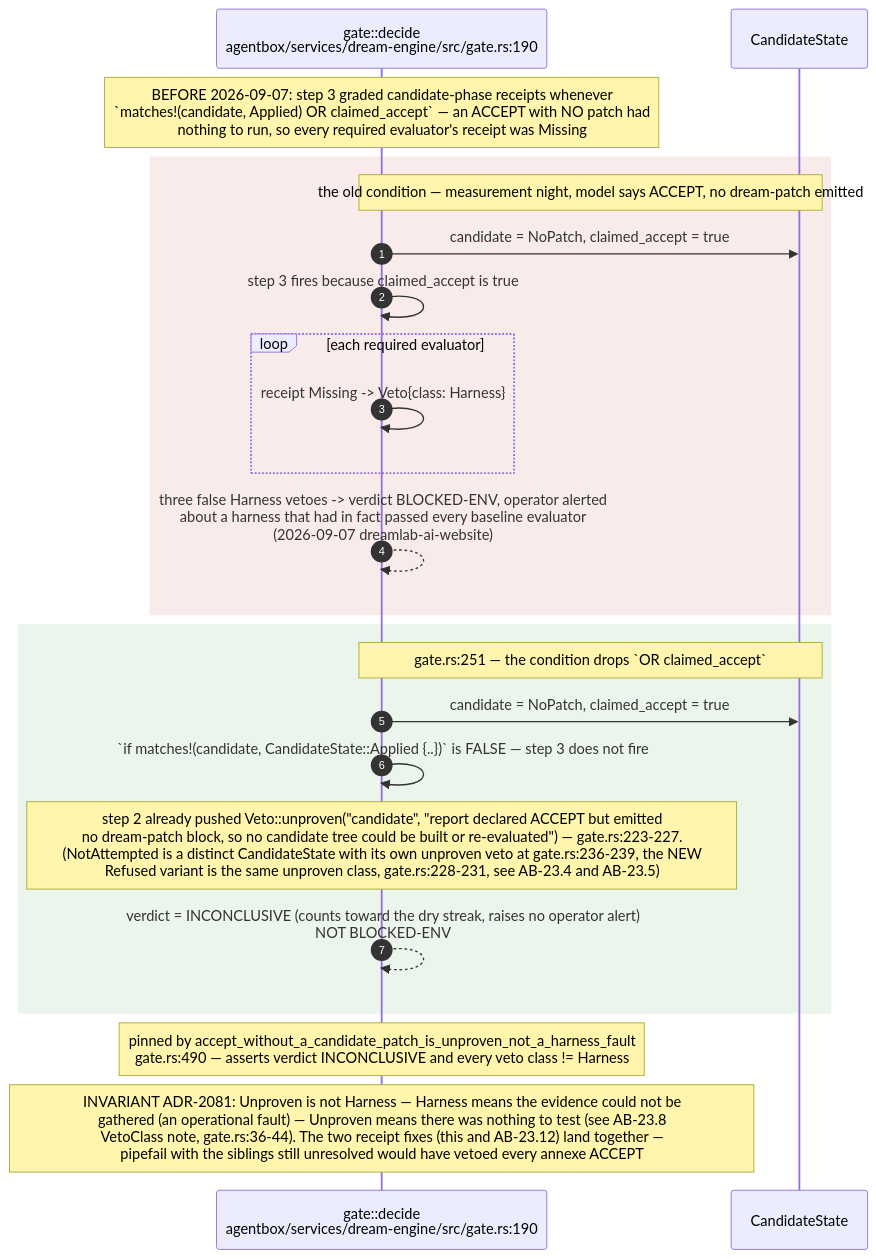
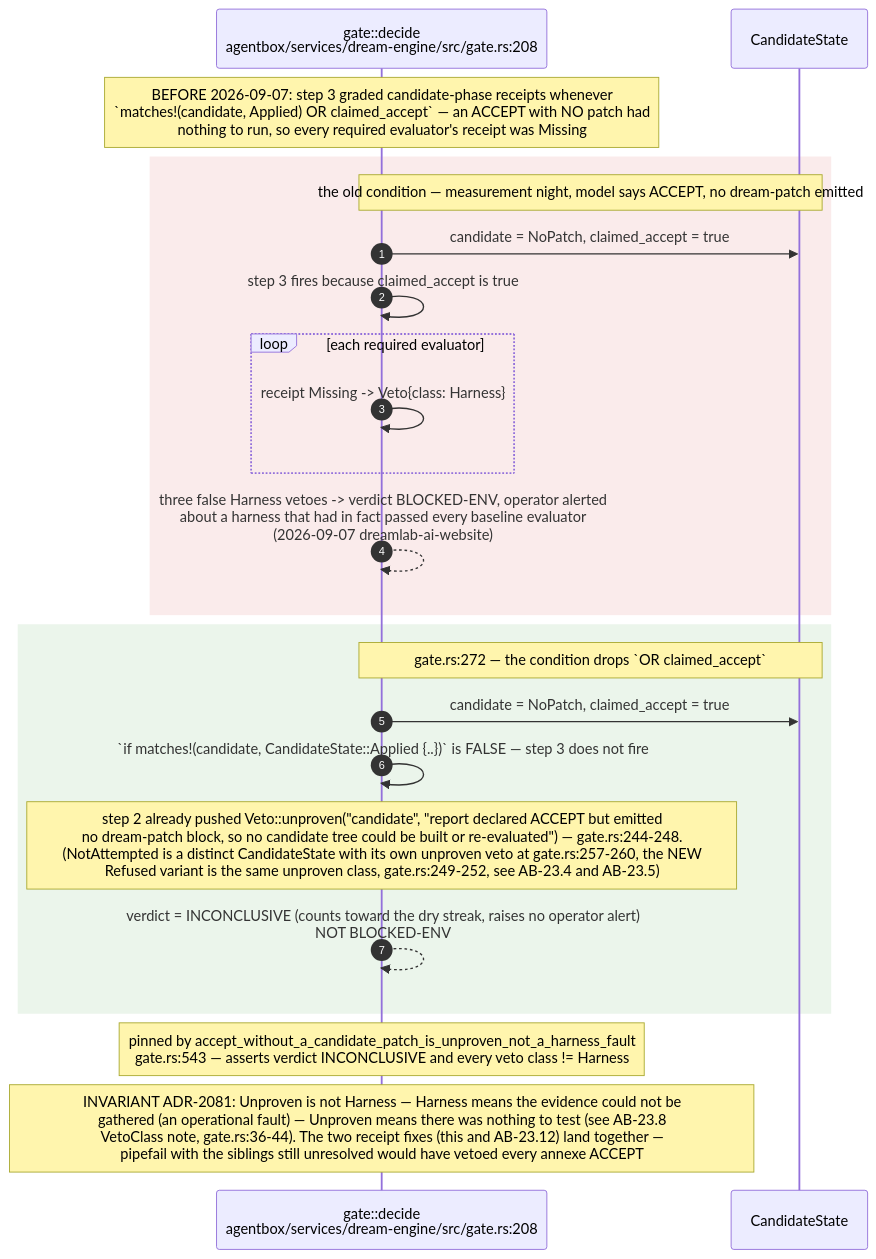
Diagram 13 of 20 in docs/diagrams/agentbox/23-dream-engine.md (DreamLab-AI/VisionFlow), drawn with Mermaid before and after one commit. The commit also changed other lines of this file and 111 other files, not shown here.

Commit message:
docs(diagrams): align estate maps with current source

````diff
--- a/docs/diagrams/agentbox/23-dream-engine.md
+++ b/docs/diagrams/agentbox/23-dream-engine.md
@@ -737,26 +737,26 @@
 ```mermaid
 sequenceDiagram
     autonumber
-    participant G as gate::decide<br/>agentbox/services/dream-engine/src/gate.rs:190
+    participant G as gate::decide<br/>agentbox/services/dream-engine/src/gate.rs:208
     participant C as CandidateState
 
     Note over G: BEFORE 2026-09-07: step 3 graded candidate-phase receipts whenever<br/>`matches!(candidate, Applied) OR claimed_accept` — an ACCEPT with NO patch had<br/>nothing to run, so every required evaluator's receipt was Missing
     rect rgb(250,235,235)
         Note over G,C: the old condition — measurement night, model says ACCEPT, no dream-patch emitted
         G->>C: candidate = NoPatch, claimed_accept = true
         G->>G: step 3 fires because claimed_accept is true
         loop each required evaluator
             G->>G: receipt Missing -> Veto{class: Harness}
         end
         G-->>G: three false Harness vetoes -> verdict BLOCKED-ENV, operator alerted<br/>about a harness that had in fact passed every baseline evaluator<br/>#40;2026-09-07 dreamlab-ai-website#41;
     end
     rect rgb(235,245,235)
-        Note over G,C: gate.rs:251 — the condition drops `OR claimed_accept`
+        Note over G,C: gate.rs:272 — the condition drops `OR claimed_accept`
         G->>C: candidate = NoPatch, claimed_accept = true
         G->>G: `if matches!#40;candidate, CandidateState::Applied {..}#41;` is FALSE — step 3 does not fire
-        Note over G: step 2 already pushed Veto::unproven#40;"candidate", "report declared ACCEPT but emitted<br/>no dream-patch block, so no candidate tree could be built or re-evaluated"#41; — gate.rs:223-227.<br/>#40;NotAttempted is a distinct CandidateState with its own unproven veto at gate.rs:236-239, the NEW<br/>Refused variant is the same unproven class, gate.rs:228-231, see AB-23.4 and AB-23.5#41;
+        Note over G: step 2 already pushed Veto::unproven#40;"candidate", "report declared ACCEPT but emitted<br/>no dream-patch block, so no candidate tree could be built or re-evaluated"#41; — gate.rs:244-248.<br/>#40;NotAttempted is a distinct CandidateState with its own unproven veto at gate.rs:257-260, the NEW<br/>Refused variant is the same unproven class, gate.rs:249-252, see AB-23.4 and AB-23.5#41;
         G-->>G: verdict = INCONCLUSIVE #40;counts toward the dry streak, raises no operator alert#41;<br/>NOT BLOCKED-ENV
     end
-    Note over G: pinned by accept_without_a_candidate_patch_is_unproven_not_a_harness_fault<br/>gate.rs:490 — asserts verdict INCONCLUSIVE and every veto class != Harness
+    Note over G: pinned by accept_without_a_candidate_patch_is_unproven_not_a_harness_fault<br/>gate.rs:543 — asserts verdict INCONCLUSIVE and every veto class != Harness
     Note over G: INVARIANT ADR-2081: Unproven is not Harness — Harness means the evidence could not be<br/>gathered #40;an operational fault#41; — Unproven means there was nothing to test #40;see AB-23.8<br/>VetoClass note, gate.rs:36-44#41;. The two receipt fixes #40;this and AB-23.12#41; land together —<br/>pipefail with the siblings still unresolved would have vetoed every annexe ACCEPT
 ```
````
